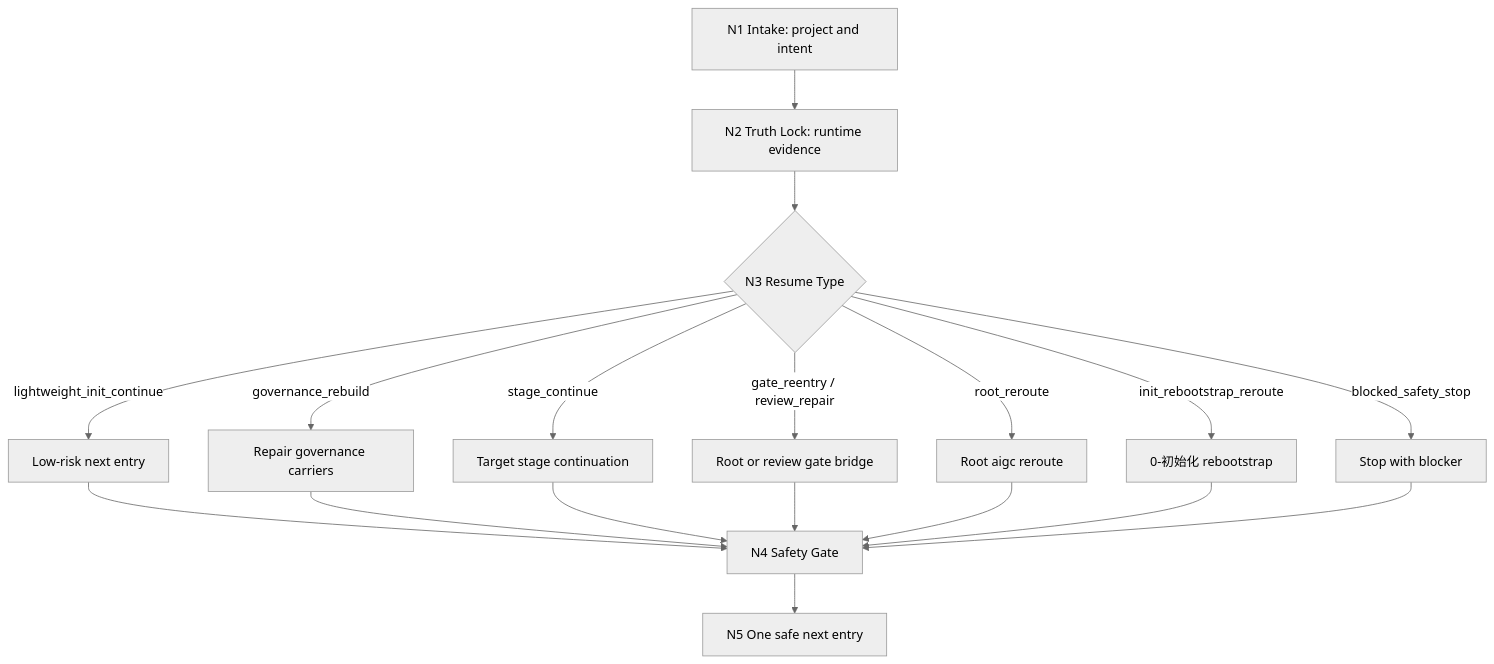
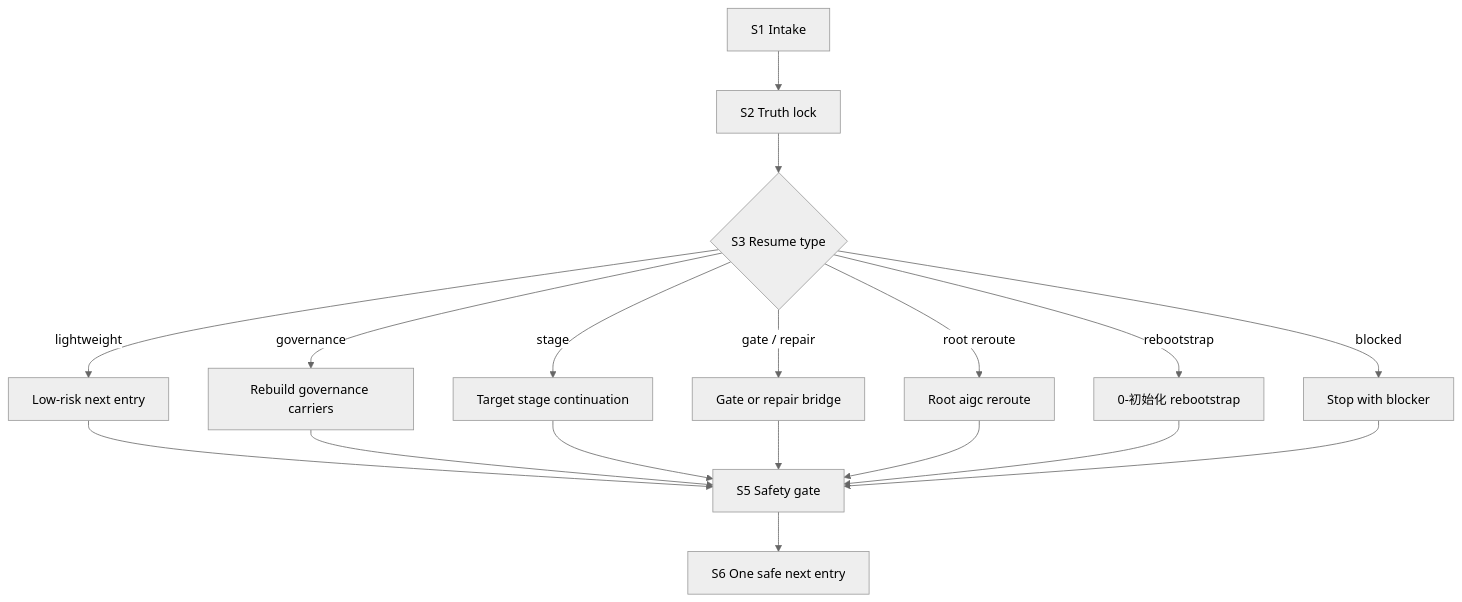
One commit to ZEN-VOID/AI-CUT changed the diagram in .agents/skills/aigc/resume/SKILL.md. Above: the diagram before and after it, drawn with Mermaid (neutral theme). The commit also changed other lines of this file and 739 other files, not shown here.

````diff
--- a/.agents/skills/aigc/resume/SKILL.md
+++ b/.agents/skills/aigc/resume/SKILL.md
@@ -108,20 +114,20 @@
 ```mermaid
 flowchart TD
-    A["N1 Intake: project and intent"] --> B["N2 Truth Lock: runtime evidence"]
-    B --> C{"N3 Resume Type"}
-    C -->|"lightweight_init_continue"| D["Low-risk next entry"]
-    C -->|"governance_rebuild"| E["Repair governance carriers"]
-    C -->|"stage_continue"| F["Target stage continuation"]
-    C -->|"gate_reentry / review_repair"| G["Root or review gate bridge"]
-    C -->|"root_reroute"| H["Root aigc reroute"]
-    C -->|"init_rebootstrap_reroute"| I["0-初始化 rebootstrap"]
-    C -->|"blocked_safety_stop"| M["Stop with blocker"]
-    D --> J["N4 Safety Gate"]
+    A["S1 Intake"] --> B["S2 Truth lock"]
+    B --> C{"S3 Resume type"}
+    C -->|"lightweight"| D["Low-risk next entry"]
+    C -->|"governance"| E["Rebuild governance carriers"]
+    C -->|"stage"| F["Target stage continuation"]
+    C -->|"gate / repair"| G["Gate or repair bridge"]
+    C -->|"root reroute"| H["Root aigc reroute"]
+    C -->|"rebootstrap"| I["0-初始化 rebootstrap"]
+    C -->|"blocked"| M["Stop with blocker"]
+    D --> J["S5 Safety gate"]
     E --> J
     F --> J
     G --> J
     H --> J
     I --> J
     M --> J
-    J --> K["N5 One safe next entry"]
+    J --> K["S6 One safe next entry"]
 ```
````
